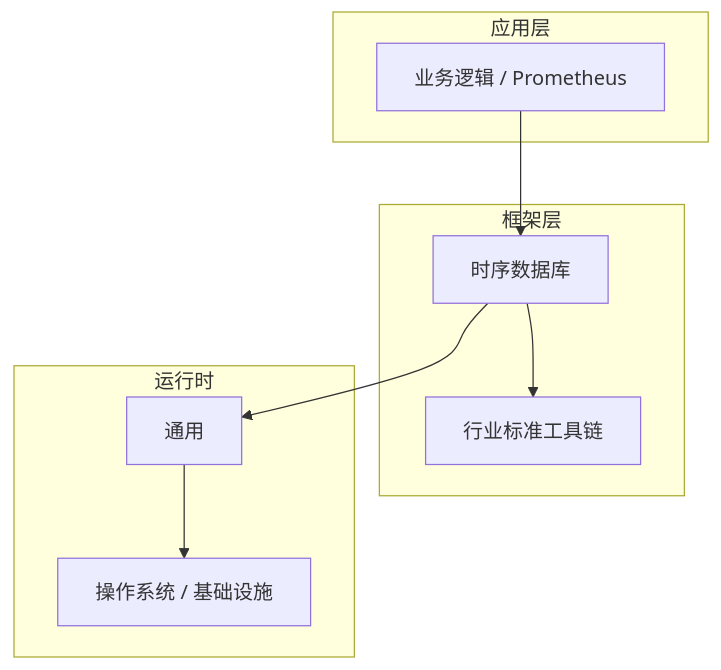
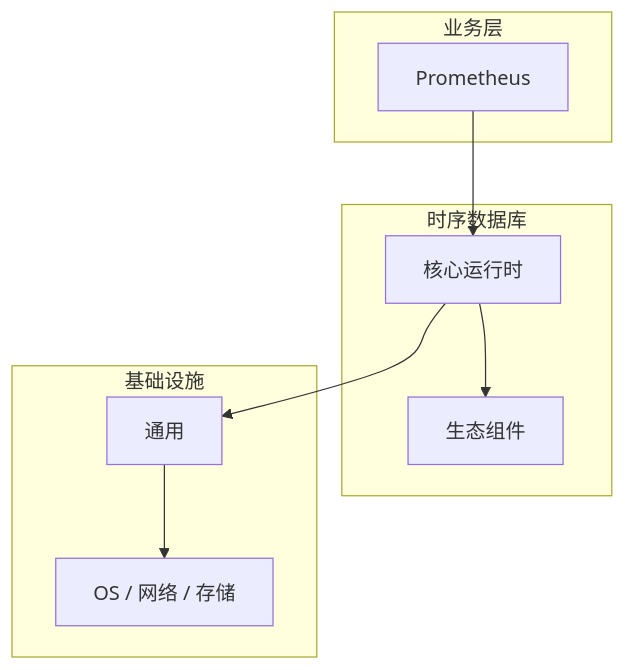
One commit to yanggan2015/knowledge-json-v2 changed the diagram in articles/时序数据库/chapters/013-Prometheus核心概念与原理.md. Above: the diagram before and after it, drawn with Mermaid. The commit also changed other lines of this file and 10127 other files, not shown here.

````diff
--- a/articles/时序数据库/chapters/013-Prometheus核心概念与原理.md
+++ b/articles/时序数据库/chapters/013-Prometheus核心概念与原理.md
@@ -45,18 +34,18 @@
 ```mermaid
 graph TB
-    subgraph 应用层
-        A[业务逻辑 / Prometheus]
+    subgraph 业务层
+        A[Prometheus]
     end
-    subgraph 框架层
-        B[时序数据库]
-        C[行业标准工具链]
+    subgraph 时序数据库
+        B[核心运行时]
+        C[生态组件]
     end
-    subgraph 运行时
+    subgraph 基础设施
         D[通用]
-        E[操作系统 / 基础设施]
+        E[OS / 网络 / 存储]
     end
     A --> B
     B --> C
     B --> D
     D --> E
 ```
````
